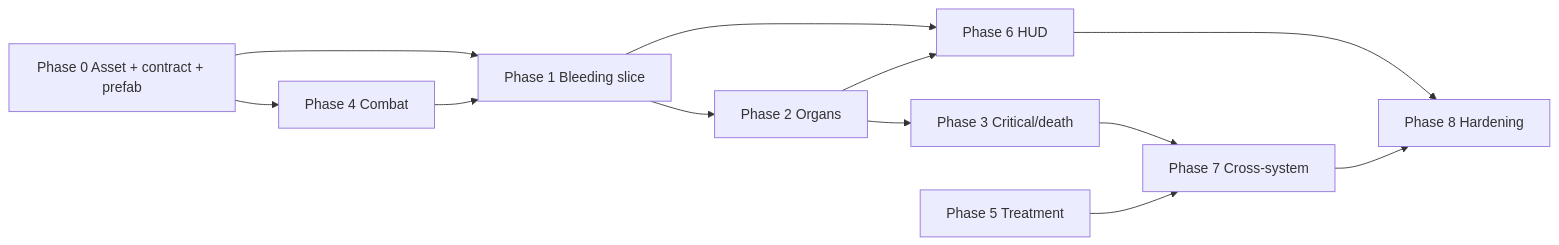
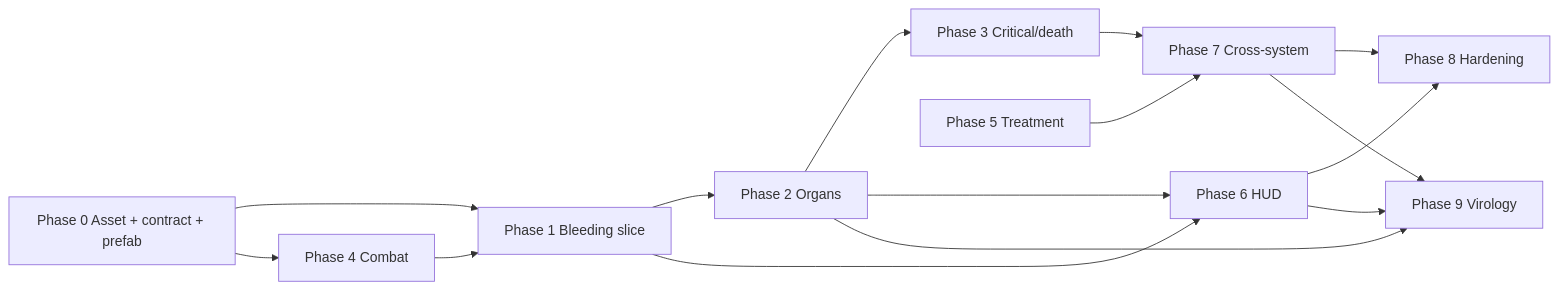
One commit to RE-SS3D/SS3D changed the second of 2 diagrams in Documents/plans/health_implementation_plan.md. Above: the diagram before and after it, drawn with Mermaid. The commit also changed other lines of this file, not shown here.

First line of the commit message:
Update health plan to integrate virology as a downstream Phase 9 effort.

````diff
--- a/Documents/plans/health_implementation_plan.md
+++ b/Documents/plans/health_implementation_plan.md
@@ -363,24 +390,28 @@
 ```mermaid
 flowchart LR
     P0[Phase 0 Asset + contract + prefab]
     P1[Phase 1 Bleeding slice]
     P2[Phase 2 Organs]
     P3[Phase 3 Critical/death]
     P4[Phase 4 Combat]
     P5[Phase 5 Treatment]
     P6[Phase 6 HUD]
     P7[Phase 7 Cross-system]
     P8[Phase 8 Hardening]
+    P9[Phase 9 Virology]
 
     P0 --> P1
     P1 --> P2
     P2 --> P3
     P0 --> P4
     P4 --> P1
     P1 --> P6
     P2 --> P6
     P3 --> P7
     P5 --> P7
     P6 --> P8
     P7 --> P8
+    P2 --> P9
+    P6 --> P9
+    P7 --> P9
 ```
````
